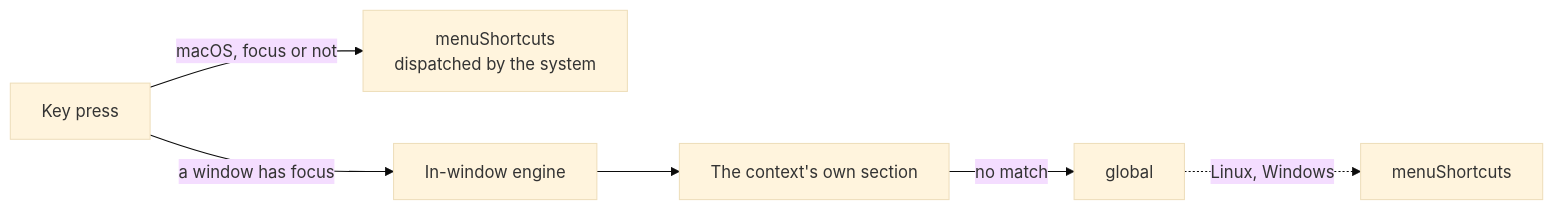
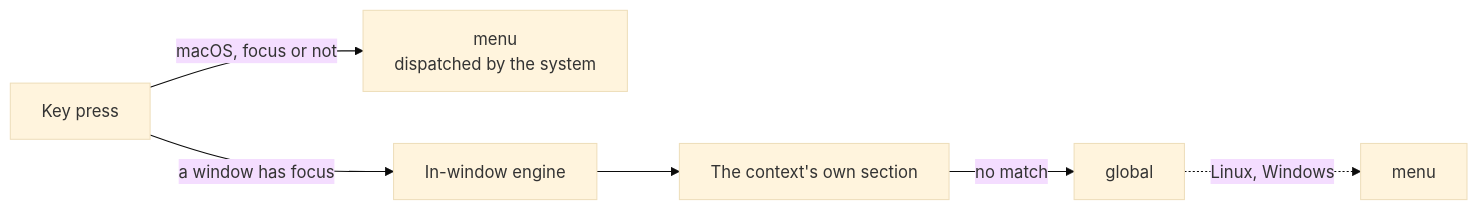
The diagram in docs/spec/keybindings.md (arto-app/Arto), drawn with Mermaid (base theme) before and after one commit. The commit also changed other lines of this file and 23 other files, not shown here.

````diff
--- a/docs/spec/keybindings.md
+++ b/docs/spec/keybindings.md
@@ -84,8 +98,8 @@
 ```mermaid
 flowchart LR
-    K[Key press] -- macOS, focus or not --> M["menuShortcuts<br/>dispatched by the system"]
+    K[Key press] -- macOS, focus or not --> M["menu<br/>dispatched by the system"]
     K -- a window has focus --> E[In-window engine]
     E --> C[The context's own section]
     C -- no match --> G[global]
-    G -. "Linux, Windows" .-> MS[menuShortcuts]
+    G -. "Linux, Windows" .-> MS[menu]
 ```
````
